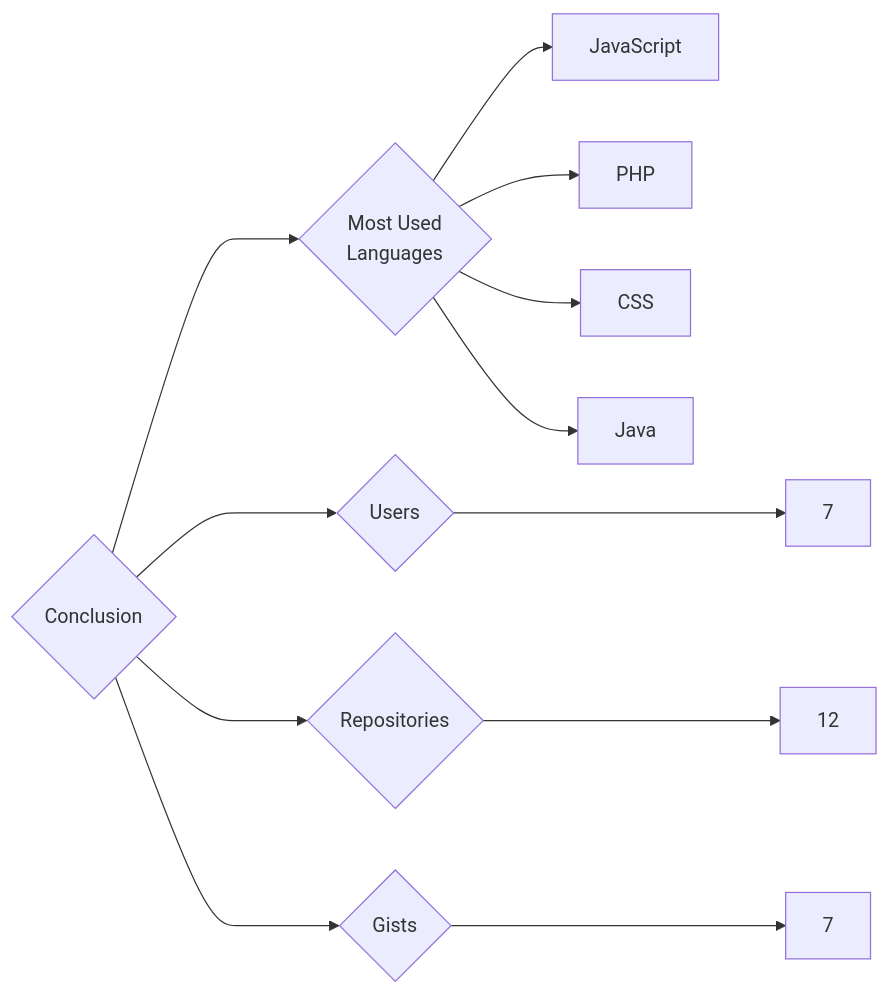
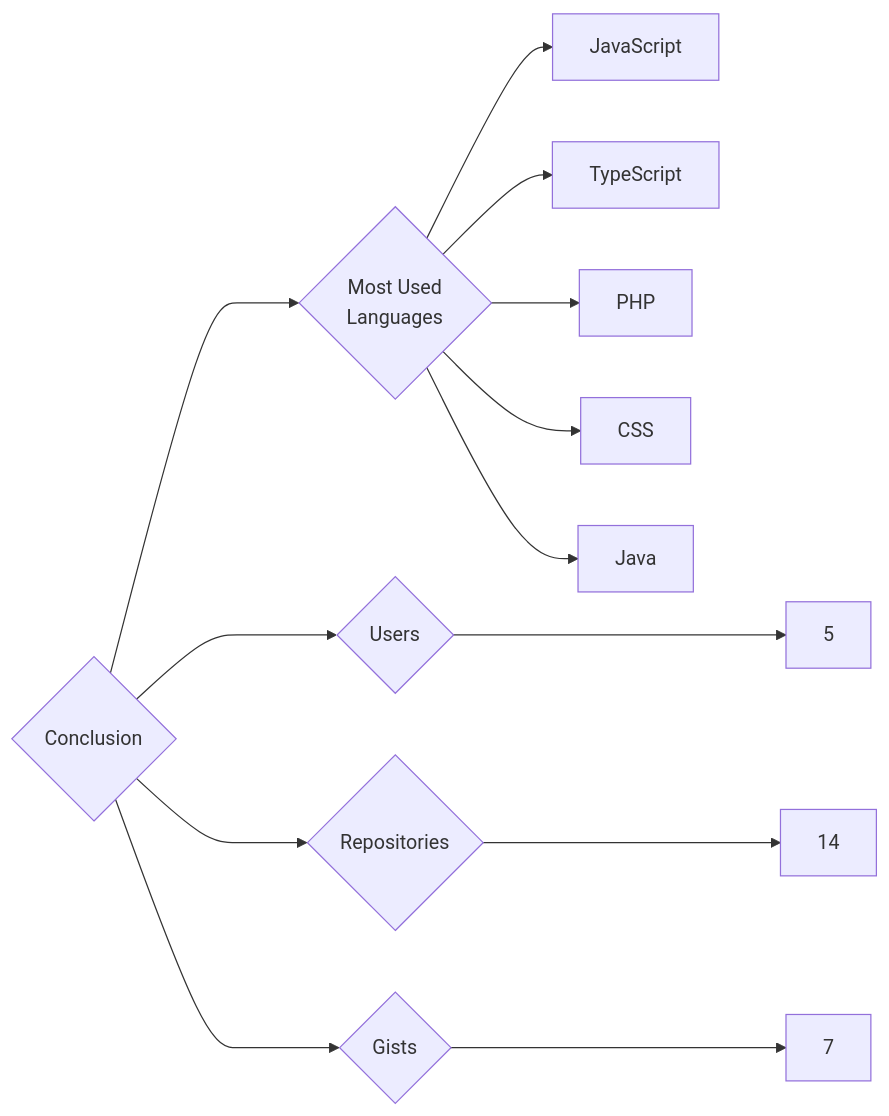
The diagram in targets/Conclusion/README.md (trickest/insiders), drawn with Mermaid before and after one commit. The commit also changed 951 other files, not shown here.

````diff
--- a/targets/Conclusion/README.md
+++ b/targets/Conclusion/README.md
@@ -3,12 +3,13 @@
 ```mermaid
 graph LR
 COMPANY_NAME{Conclusion}
-COMPANY_NAME ---> U{Users} ---> UN[7]
-COMPANY_NAME ---> R{Repositories} ---> RN[12]
+COMPANY_NAME ---> U{Users} ---> UN[5]
+COMPANY_NAME ---> R{Repositories} ---> RN[14]
 COMPANY_NAME ---> G{Gists} ---> GN[7]
 COMPANY_NAME ---> ML{Most Used<br>Languages}
 ML --> JavaScript[JavaScript]
+ML --> TypeScript[TypeScript]
 ML --> PHP[PHP]
 ML --> CSS[CSS]
 ML --> Java[Java]
 ```
````
